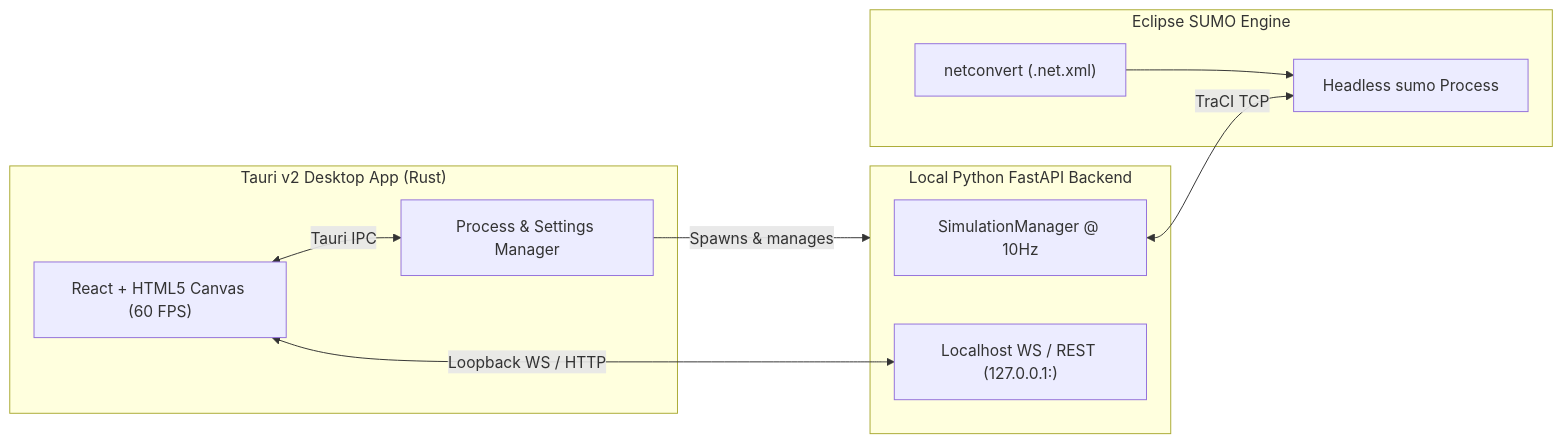
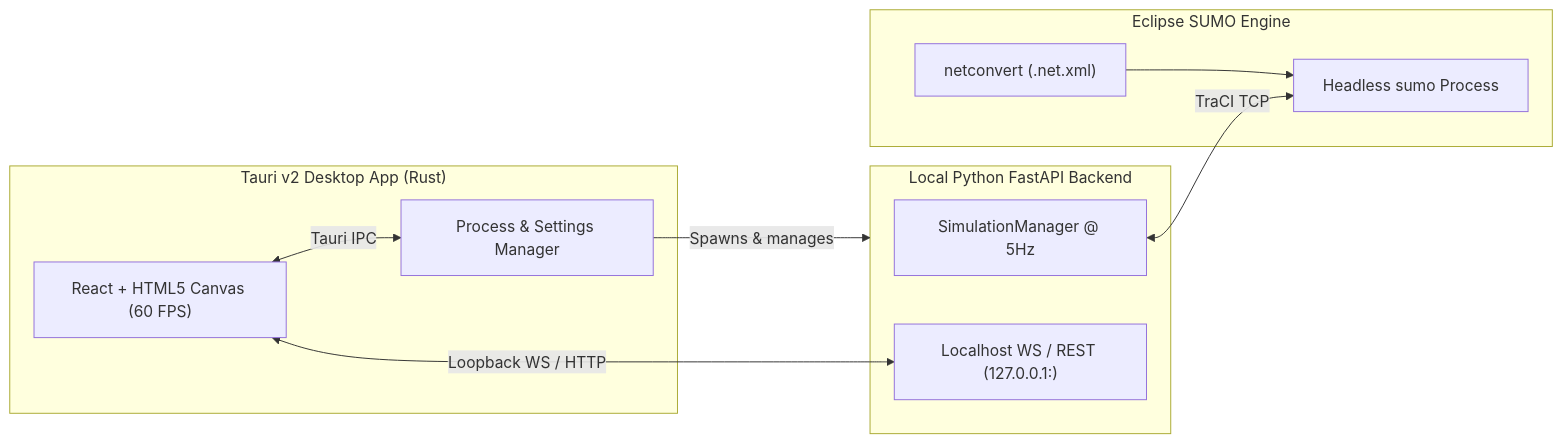
One commit to vkivaturi/traffis changed the diagram in README.md. Above: the diagram before and after it, drawn with Mermaid. The commit also changed other lines of this file and 14 other files, not shown here.

````diff
--- a/README.md
+++ b/README.md
@@ -17,21 +17,21 @@
 ```mermaid
 graph LR
     subgraph Tauri["Tauri v2 Desktop App (Rust)"]
         SHELL["Process & Settings Manager"]
         UI["React + HTML5 Canvas (60 FPS)"]
     end
 
     subgraph Backend["Local Python FastAPI Backend"]
-        SM["SimulationManager @ 10Hz"]
+        SM["SimulationManager @ 5Hz"]
         WS["Localhost WS / REST (127.0.0.1:<port>)"]
     end
 
     subgraph SUMO["Eclipse SUMO Engine"]
         NET["netconvert (.net.xml)"] --> SB["Headless sumo Process"]
     end
 
     SHELL -->|Spawns & manages| Backend
     UI <-->|Tauri IPC| SHELL
     UI <-->|Loopback WS / HTTP| WS
     SM <-->|TraCI TCP| SB
 ```
````
